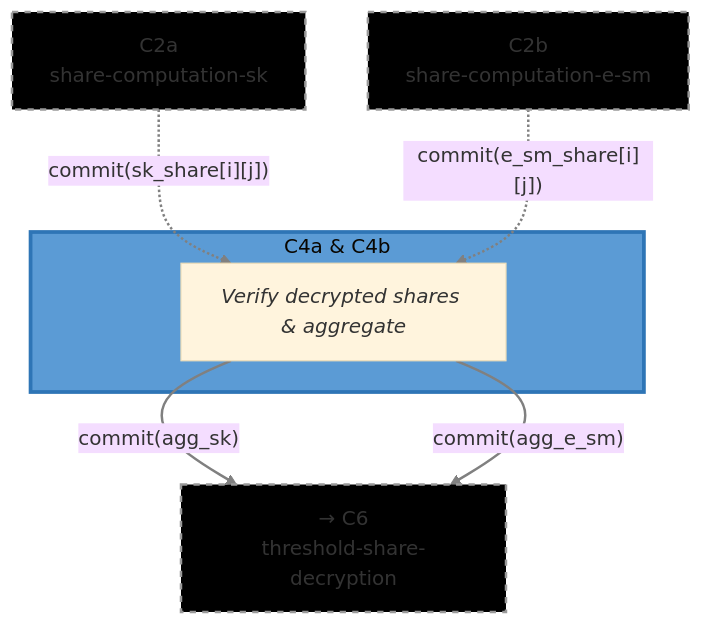
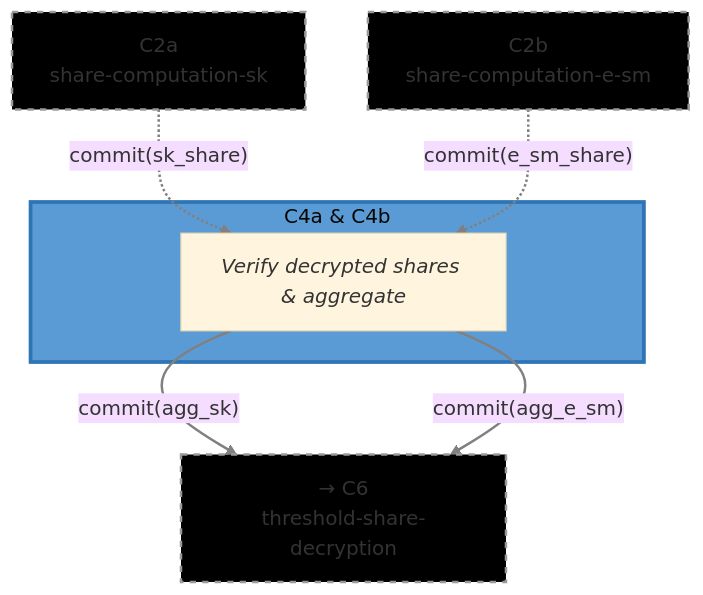
Before and after one commit to gnosisguild/enclave: the diagram in circuits/bin/dkg/share_decryption/README.md, drawn with Mermaid (base theme). The commit also changed other lines of this file and 5 other files, not shown here.

````diff
--- a/circuits/bin/dkg/share_decryption/README.md
+++ b/circuits/bin/dkg/share_decryption/README.md
@@ -13,22 +13,22 @@
 ```mermaid
 flowchart TD
-    Input2a["C2a<br>share-computation-sk"] -.->|"commit(sk_share[i][j])"| C4
-    Input2b["C2b<br>share-computation-e-sm"] -.->|"commit(e_sm_share[i][j])"| C4
+    Input2a["C2a<br>share-computation-sk"] -.->|"commit(sk_share)"| C4
+    Input2b["C2b<br>share-computation-e-sm"] -.->|"commit(e_sm_share)"| C4
 
     subgraph Focus["C4a & C4b"]
         C4["<i>Verify decrypted shares & aggregate</i>"]
     end
 
     C4 -->|"commit(agg_sk)"| Output1["→ C6<br>threshold-share-decryption"]
     C4 -->|"commit(agg_e_sm)"| Output1
 
     style Focus fill:#5B9BD5,stroke:#2E75B6,stroke-width:3px
     style Input2a fill:#000000,stroke:#999,stroke-width:2px,stroke-dasharray: 5 5
     style Input2b fill:#000000,stroke:#999,stroke-width:2px,stroke-dasharray: 5 5
     style Output1 fill:#000000,stroke:#999,stroke-width:2px,stroke-dasharray: 5 5
 
     linkStyle 0 stroke:#808080,stroke-width:2px
     linkStyle 1 stroke:#808080,stroke-width:2px
     linkStyle 2 stroke:#808080,stroke-width:2px
     linkStyle 3 stroke:#808080,stroke-width:2px
 ```
````
